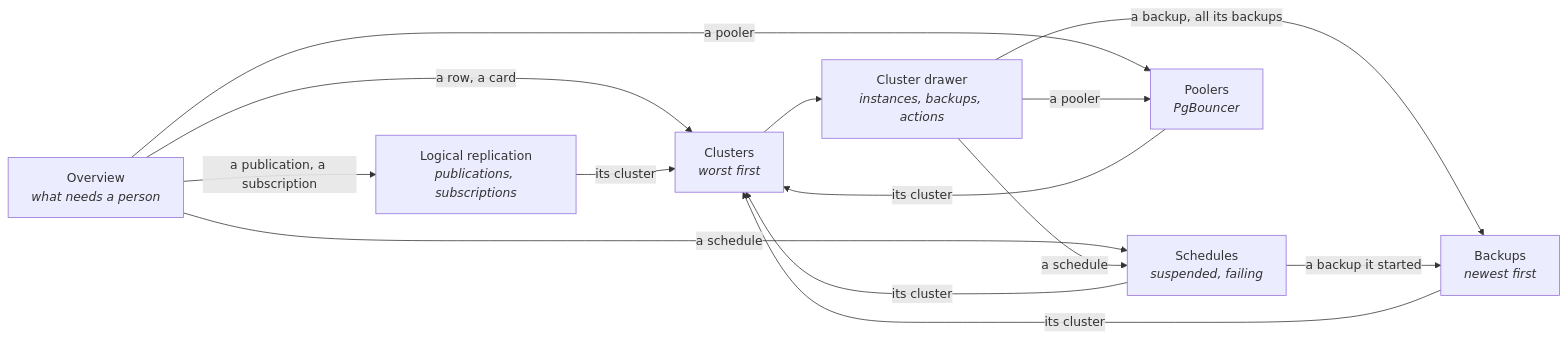
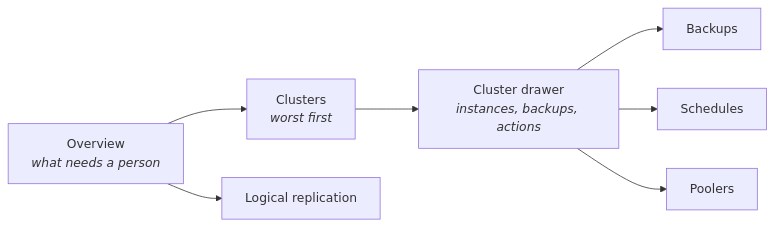
The first of 2 diagrams in docs/cnpg.md (DiegoBulhoes/freelens-addons), drawn with Mermaid before and after one commit. The commit also changed other lines of this file and 9 other files, not shown here.

````diff
--- a/docs/cnpg.md
+++ b/docs/cnpg.md
@@ -22,24 +22,9 @@
 ```mermaid
 flowchart LR
-  O["Overview<br/><i>what needs a person</i>"]
-  C["Clusters<br/><i>worst first</i>"]
-  D["Cluster drawer<br/><i>instances, backups, actions</i>"]
-  B["Backups<br/><i>newest first</i>"]
-  S["Schedules<br/><i>suspended, failing</i>"]
-  P["Poolers<br/><i>PgBouncer</i>"]
-  R["Logical replication<br/><i>publications, subscriptions</i>"]
-
-  O -->|a row, a card| C
-  O -->|a pooler| P
-  O -->|a schedule| S
-  O -->|a publication, a subscription| R
-  C --> D
-  D -->|a backup, all its backups| B
-  D -->|a schedule| S
-  D -->|a pooler| P
-  S -->|a backup it started| B
-  B -->|its cluster| C
-  S -->|its cluster| C
-  P -->|its cluster| C
-  R -->|its cluster| C
+  O["Overview<br/><i>what needs a person</i>"] --> C["Clusters<br/><i>worst first</i>"]
+  C --> D["Cluster drawer<br/><i>instances, backups, actions</i>"]
+  D --> B["Backups"]
+  D --> S["Schedules"]
+  D --> P["Poolers"]
+  O --> R["Logical replication"]
 ```
````
